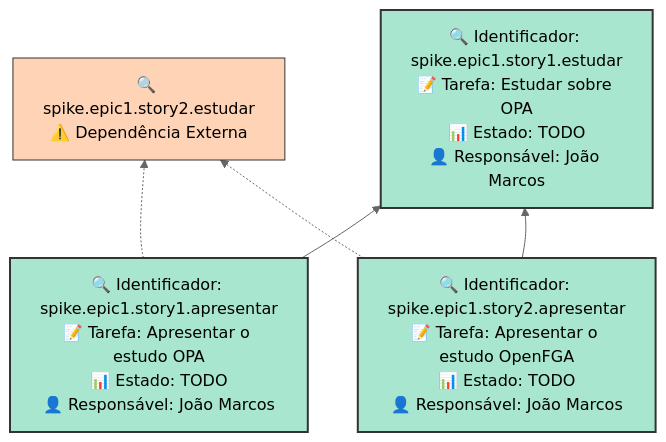
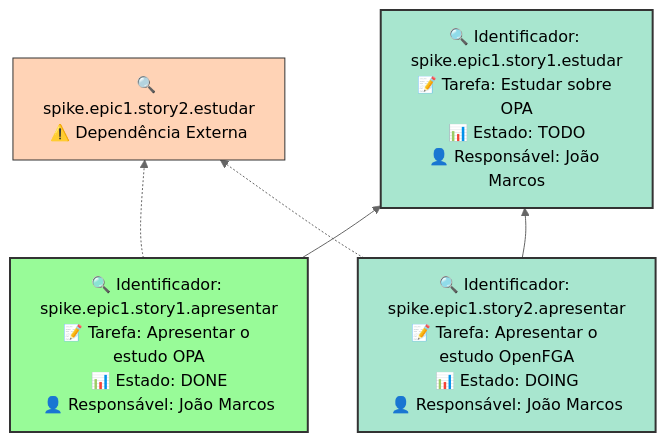
Before and after one commit to the-made-project/leds-tools-made-gestao: the diagram in example/docs/management/sprints/estudo.md, drawn with Mermaid (neutral theme). The commit also changed other lines of this file and 11 other files, not shown here.

````diff
--- a/example/docs/management/sprints/estudo.md
+++ b/example/docs/management/sprints/estudo.md
@@ -24,14 +24,14 @@
 ```mermaid
 graph BT
     classDef sprint fill:#a8e6cf,stroke:#333,stroke-width:2px;
     classDef done fill:#98fb98,stroke:#333,stroke-width:2px;
     classDef external fill:#ffd3b6,stroke:#333,stroke-width:1px;
     spike.epic1.story2.estudar["🔍 spike.epic1.story2.estudar<br>⚠️ Dependência Externa"]:::external
     spike.epic1.story1.estudar["🔍 Identificador: spike.epic1.story1.estudar<br>📝 Tarefa: Estudar sobre OPA<br>📊 Estado: TODO<br>👤 Responsável: João Marcos "]:::sprint
-    spike.epic1.story1.apresentar["🔍 Identificador: spike.epic1.story1.apresentar<br>📝 Tarefa: Apresentar o estudo OPA<br>📊 Estado: TODO<br>👤 Responsável: João Marcos "]:::sprint
-    spike.epic1.story2.apresentar["🔍 Identificador: spike.epic1.story2.apresentar<br>📝 Tarefa: Apresentar o estudo OpenFGA<br>📊 Estado: TODO<br>👤 Responsável: João Marcos "]:::sprint
+    spike.epic1.story1.apresentar["🔍 Identificador: spike.epic1.story1.apresentar<br>📝 Tarefa: Apresentar o estudo OPA<br>📊 Estado: DONE<br>👤 Responsável: João Marcos "]:::done
+    spike.epic1.story2.apresentar["🔍 Identificador: spike.epic1.story2.apresentar<br>📝 Tarefa: Apresentar o estudo OpenFGA<br>📊 Estado: DOING<br>👤 Responsável: João Marcos "]:::sprint
     spike.epic1.story1.apresentar -.-> spike.epic1.story2.estudar
     spike.epic1.story1.apresentar --> spike.epic1.story1.estudar
     spike.epic1.story2.apresentar -.-> spike.epic1.story2.estudar
     spike.epic1.story2.apresentar --> spike.epic1.story1.estudar
 ```
````
